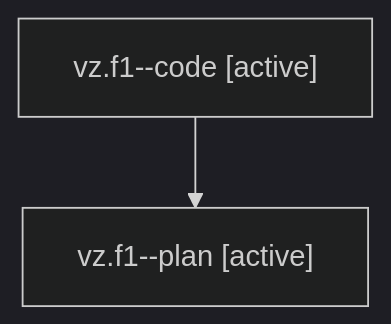
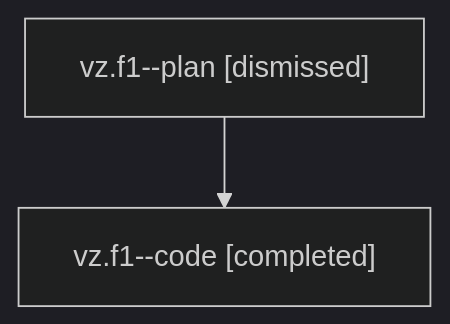
Before and after one commit to bobs-org/bob-cli--agents: the diagram in families/bbugyi200.athena.vz.f1.md, drawn with Mermaid (dark theme). The commit also changed other lines of this file and 70 other files, not shown here.

````diff
--- a/families/bbugyi200.athena.vz.f1.md
+++ b/families/bbugyi200.athena.vz.f1.md
@@ -9,6 +9,6 @@
 ```mermaid
 flowchart TD
-  n0["vz.f1--code [active]"]
-  n1["vz.f1--plan [active]"]
+  n0["vz.f1--plan [dismissed]"]
+  n1["vz.f1--code [completed]"]
   n0 --> n1
 ```
````
